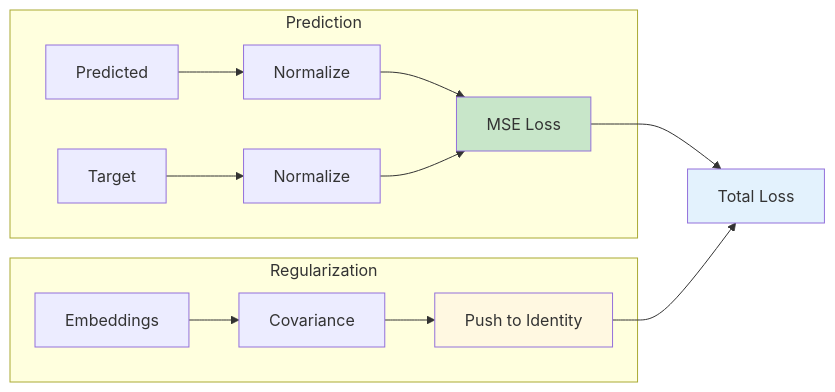
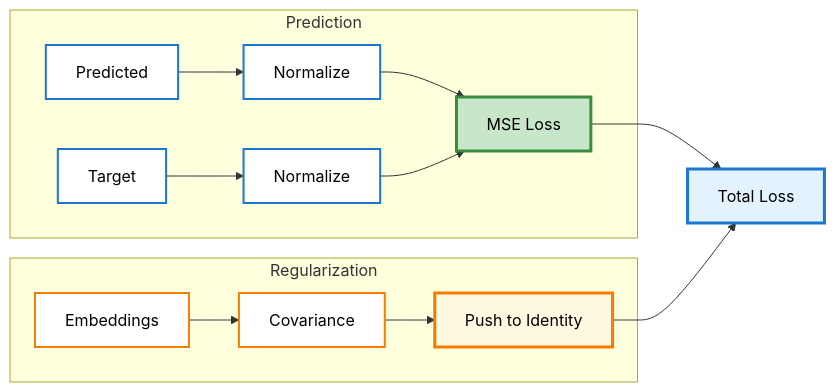
The third of 5 diagrams in README.md (prthmmkhija1/MedJEPA), drawn with Mermaid before and after one commit. The commit also changed other lines of this file, not shown here.

````diff
--- a/README.md
+++ b/README.md
@@ -83,21 +98,27 @@
 ```mermaid
 flowchart LR
     subgraph Prediction
         P[Predicted] --> N1[Normalize]
         T[Target] --> N2[Normalize]
         N1 --> MSE[MSE Loss]
         N2 --> MSE
     end
 
     subgraph Regularization
         E[Embeddings] --> COV[Covariance]
         COV --> REG[Push to Identity]
     end
 
     MSE --> TOTAL[Total Loss]
     REG --> TOTAL
 
-    style MSE fill:#c8e6c9
-    style REG fill:#fff8e1
-    style TOTAL fill:#e3f2fd
+    style P fill:#fff,stroke:#1976d2,stroke-width:2px,color:#000
+    style T fill:#fff,stroke:#1976d2,stroke-width:2px,color:#000
+    style N1 fill:#fff,stroke:#1976d2,stroke-width:2px,color:#000
+    style N2 fill:#fff,stroke:#1976d2,stroke-width:2px,color:#000
+    style MSE fill:#c8e6c9,stroke:#388e3c,stroke-width:3px,color:#000
+    style E fill:#fff,stroke:#f57c00,stroke-width:2px,color:#000
+    style COV fill:#fff,stroke:#f57c00,stroke-width:2px,color:#000
+    style REG fill:#fff8e1,stroke:#f57c00,stroke-width:3px,color:#000
+    style TOTAL fill:#e3f2fd,stroke:#1976d2,stroke-width:3px,color:#000
 ```
````
